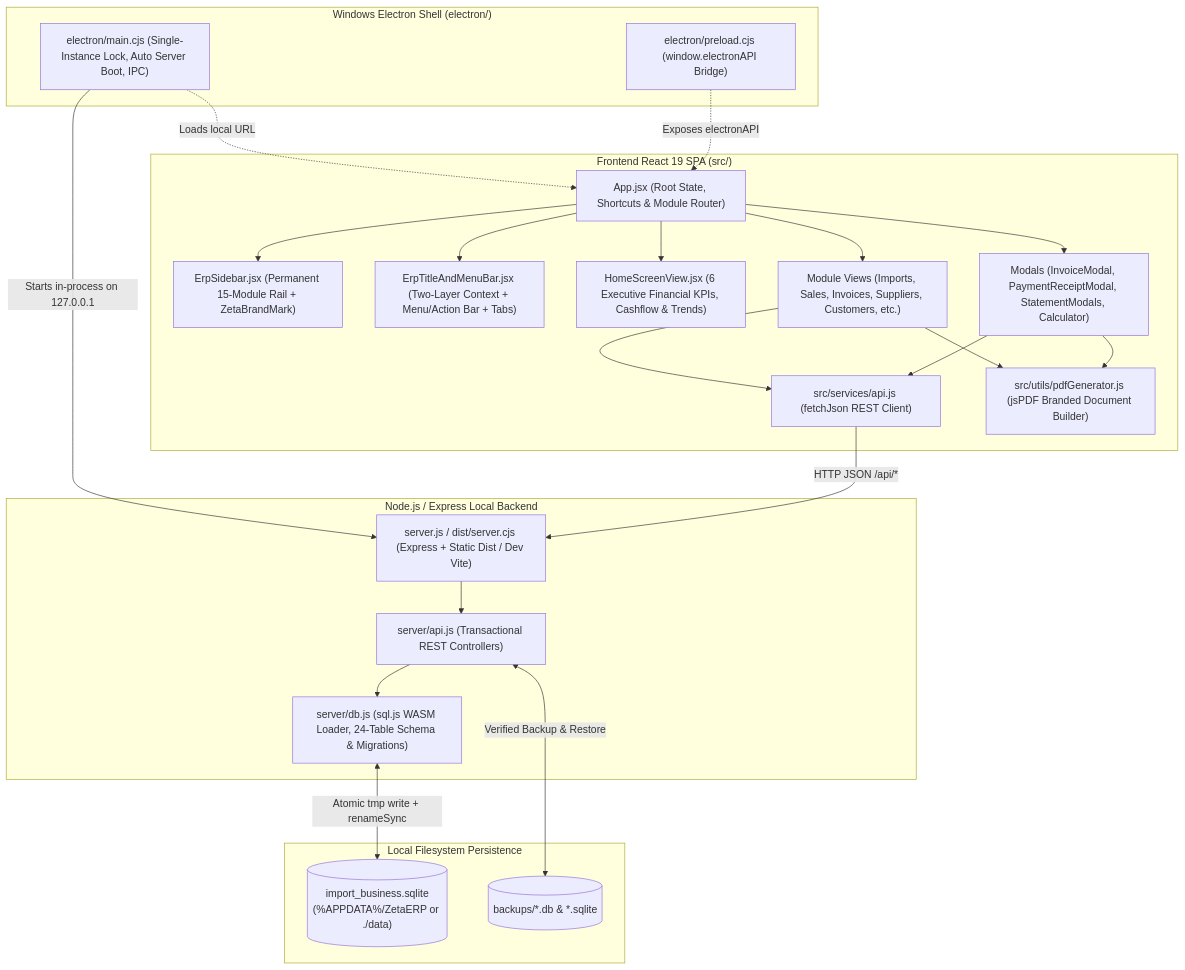
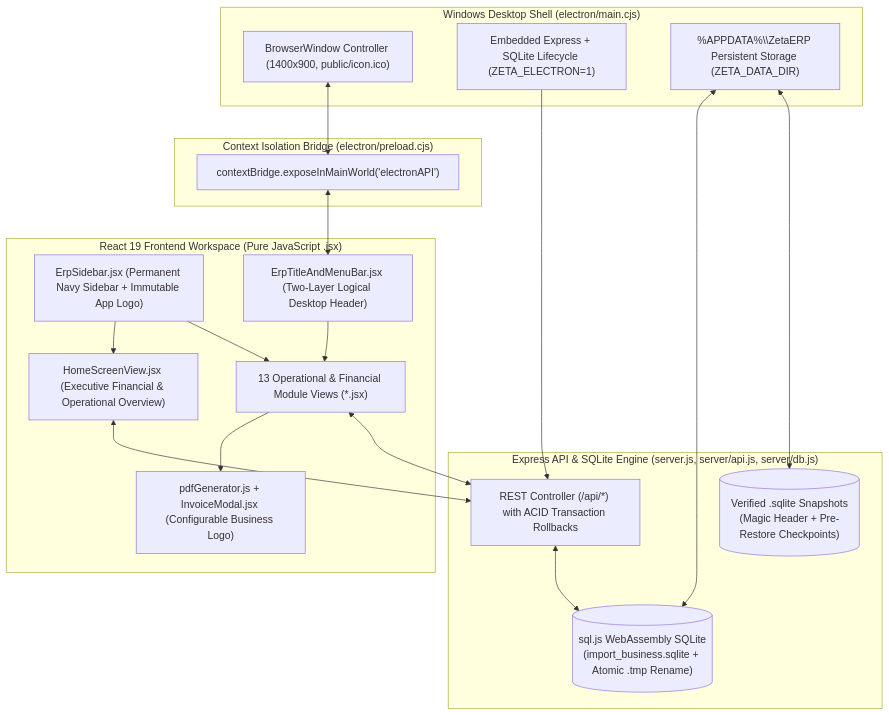
Before and after one commit to rizwanahmed2022/cybersecurity-assignment: the diagram in README.md, drawn with Mermaid. The commit also changed other lines of this file, not shown here.

````diff
--- a/README.md
+++ b/README.md
@@ -32,47 +8,39 @@
 ```mermaid
 graph TB
-    subgraph Desktop["Windows Electron Shell (electron/)"]
-        MainCjs["electron/main.cjs (Single-Instance Lock, Auto Server Boot, IPC)"]
-        PreloadCjs["electron/preload.cjs (window.electronAPI Bridge)"]
+    subgraph ElectronShell["Windows Desktop Shell (electron/main.cjs)"]
+        WinMgr["BrowserWindow Controller (1400x900, public/icon.ico)"]
+        EmbeddedSrv["Embedded Express + SQLite Lifecycle (ZETA_ELECTRON=1)"]
+        AppData["%APPDATA%\\ZetaERP Persistent Storage (ZETA_DATA_DIR)"]
     end
 
-    subgraph Client["Frontend React 19 SPA (src/)"]
-        App["App.jsx (Root State, Shortcuts & Module Router)"]
-        Sidebar["ErpSidebar.jsx (Permanent 15-Module Rail + ZetaBrandMark)"]
-        Header["ErpTitleAndMenuBar.jsx (Two-Layer Context + Menu/Action Bar + Tabs)"]
-        Home["HomeScreenView.jsx (6 Executive Financial KPIs, Cashflow & Trends)"]
-        Views["Module Views (Imports, Sales, Invoices, Suppliers, Customers, etc.)"]
-        Modals["Modals (InvoiceModal, PaymentReceiptModal, StatementModals, Calculator)"]
-        ApiClient["src/services/api.js (fetchJson REST Client)"]
-        PdfGen["src/utils/pdfGenerator.js (jsPDF Branded Document Builder)"]
+    subgraph Preload["Context Isolation Bridge (electron/preload.cjs)"]
+        Bridge["contextBridge.exposeInMainWorld('electronAPI')"]
     end
 
-    subgraph Server["Node.js / Express Local Backend"]
-        ServerEntry["server.js / dist/server.cjs (Express + Static Dist / Dev Vite)"]
-        ApiRouter["server/api.js (Transactional REST Controllers)"]
-        DbEngine["server/db.js (sql.js WASM Loader, 24-Table Schema & Migrations)"]
+    subgraph Renderer["React 19 Frontend Workspace (Pure JavaScript .jsx)"]
+        Sidebar["ErpSidebar.jsx (Permanent Navy Sidebar + Immutable App Logo)"]
+        Header["ErpTitleAndMenuBar.jsx (Two-Layer Logical Desktop Header)"]
+        Home["HomeScreenView.jsx (Executive Financial & Operational Overview)"]
+        Modules["13 Operational & Financial Module Views (*.jsx)"]
+        PrintEngine["pdfGenerator.js + InvoiceModal.jsx (Configurable Business Logo)"]
     end
 
-    subgraph Storage["Local Filesystem Persistence"]
-        SqliteFile[("import_business.sqlite\n(%APPDATA%/ZetaERP or ./data)")]
-        BackupFolder[("backups/*.db & *.sqlite")]
+    subgraph DataLayer["Express API & SQLite Engine (server.js, server/api.js, server/db.js)"]
+        API["REST Controller (/api/*) with ACID Transaction Rollbacks"]
+        SQLite[("sql.js WebAssembly SQLite\n(import_business.sqlite + Atomic .tmp Rename)")]
+        Backups[("Verified .sqlite Snapshots\n(Magic Header + Pre-Restore Checkpoints)")]
     end
 
-    MainCjs -->|Starts in-process on 127.0.0.1| ServerEntry
-    MainCjs -.->|Loads local URL| App
-    PreloadCjs -.->|Exposes electronAPI| App
-    App --> Sidebar
-    App --> Header
-    App --> Home
-    App --> Views
-    App --> Modals
-    Views --> ApiClient
-    Views --> PdfGen
-    Modals --> ApiClient
-    Modals --> PdfGen
-    ApiClient -->|HTTP JSON /api/*| ServerEntry
-    ServerEntry --> ApiRouter
-    ApiRouter --> DbEngine
-    DbEngine <-->|Atomic tmp write + renameSync| SqliteFile
-    ApiRouter <-->|Verified Backup & Restore| BackupFolder
+    WinMgr <--> Bridge
+    EmbeddedSrv --> API
+    Bridge <--> Header
+    Sidebar --> Home
+    Sidebar --> Modules
+    Header --> Modules
+    Modules --> PrintEngine
+    Home <--> API
+    Modules <--> API
+    API <--> SQLite
+    AppData <--> SQLite
+    AppData <--> Backups
 ```
````
